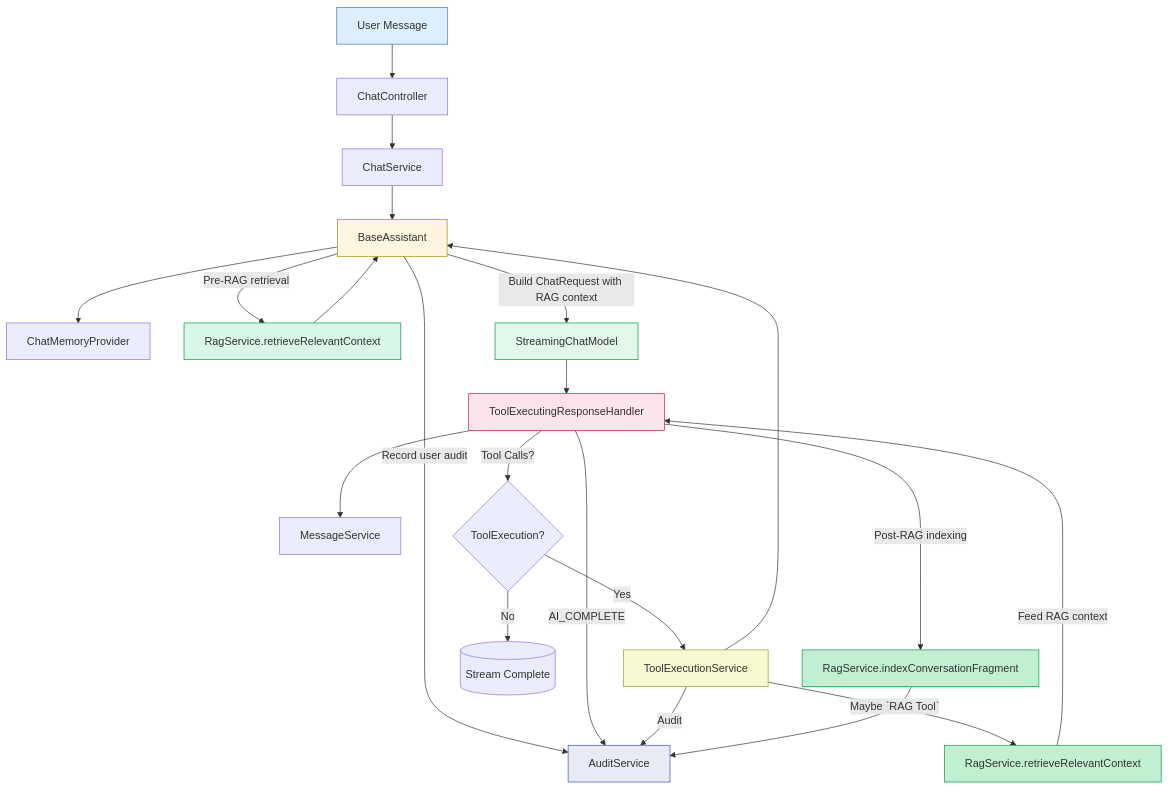
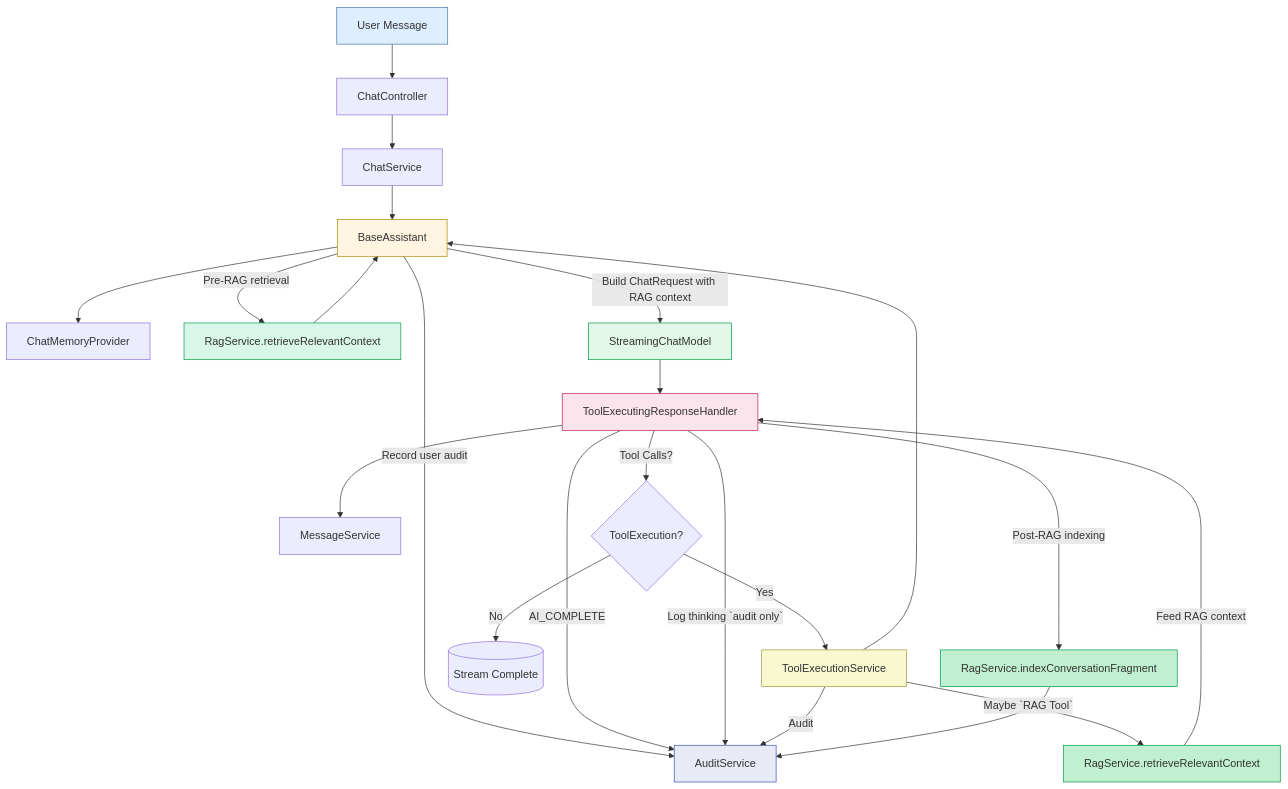
Before and after one commit to cgb12121/BBMovie: the diagram in backend/ai-assistant-service/docs/RAG-Orchestrated Flow.md, drawn with Mermaid. The commit also changed other lines of this file and 2 other files, not shown here.

Commit message:
docs: Update documentation for response structure and AI thinking logging

````diff
--- a/backend/ai-assistant-service/docs/RAG-Orchestrated Flow.md
+++ b/backend/ai-assistant-service/docs/RAG-Orchestrated Flow.md
@@ -12,40 +23,41 @@
 ```mermaid
 flowchart TD
     U[User Message] --> C[ChatController]
     C --> S[ChatService]
     S --> A[BaseAssistant]
 
     A -->|Record user audit| AUD[AuditService]
     A --> MEM[ChatMemoryProvider]
     A -->|Pre-RAG retrieval| RAG1[RagService.retrieveRelevantContext]
     RAG1 --> A
 
     A -->|Build ChatRequest with RAG context| M[StreamingChatModel]
     M --> H[ToolExecutingResponseHandler]
 
     H -->|AI_COMPLETE| AUD
+    H -->|Log thinking `audit only`| AUD
     H --> MSG[MessageService]
     H -->|Tool Calls?| T{ToolExecution?}
 
     T -->|Yes| TE[ToolExecutionService]
     TE -->|Maybe `RAG Tool`| RAG2[RagService.retrieveRelevantContext]
     TE -->|Audit| AUD
     TE --> A
 
     RAG2 -->|Feed RAG context| H
 
     T -->|No| DONE[(Stream Complete)]
     H -->|Post-RAG indexing| RAG3[RagService.indexConversationFragment]
     RAG3 --> AUD
 
     style U fill:#ddeeff,stroke:#4477aa
     style A fill:#fff5e1,stroke:#aa8800
     style RAG1 fill:#d9f7e9,stroke:#009944
     style RAG2 fill:#c1f0d1,stroke:#009944
     style RAG3 fill:#c1f0d1,stroke:#009944
     style M fill:#e1f7e7,stroke:#009944
     style H fill:#fce4ec,stroke:#c2185b
     style TE fill:#f8f9d1,stroke:#999933
     style AUD fill:#e8eaf6,stroke:#3f51b5
 
 ```
````
